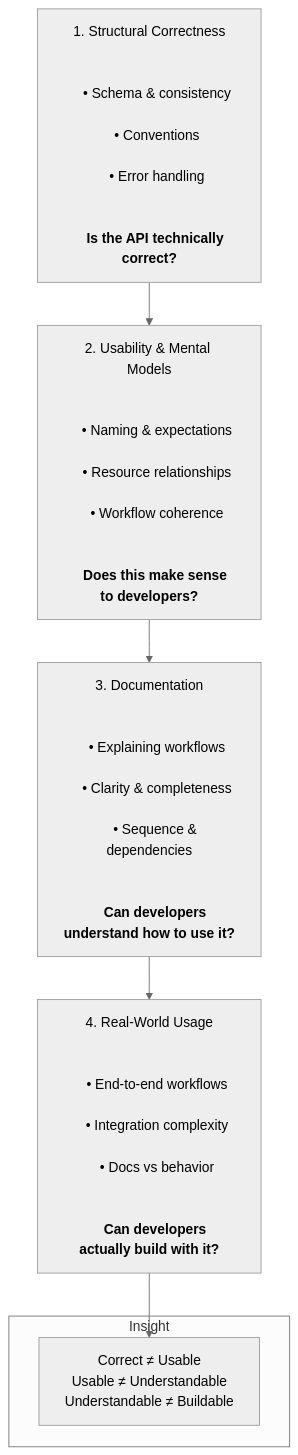
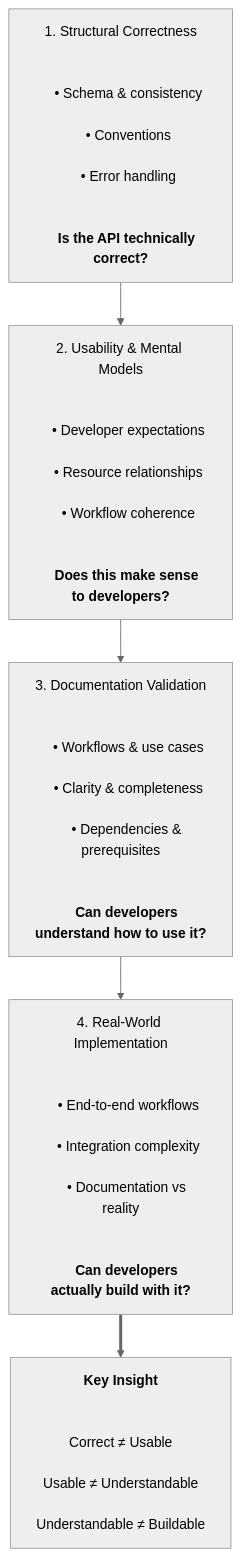
Before and after one commit to alizas1/dx-evaluation-framework: the diagram in README.md, drawn with Mermaid (neutral theme). The commit also changed other lines of this file, not shown here.

````diff
--- a/README.md
+++ b/README.md
@@ -39,34 +53,35 @@
 ```mermaid
 flowchart TB
     A["1. Structural Correctness<br/><br/>
     • Schema & consistency<br/>
     • Conventions<br/>
     • Error handling<br/><br/>
     <b>Is the API technically correct?</b>"]
 
     B["2. Usability & Mental Models<br/><br/>
-    • Naming & expectations<br/>
+    • Developer expectations<br/>
     • Resource relationships<br/>
     • Workflow coherence<br/><br/>
     <b>Does this make sense to developers?</b>"]
 
-    C["3. Documentation<br/><br/>
-    • Explaining workflows<br/>
+    C["3. Documentation Validation<br/><br/>
+    • Workflows & use cases<br/>
     • Clarity & completeness<br/>
-    • Sequence & dependencies<br/><br/>
+    • Dependencies & prerequisites<br/><br/>
     <b>Can developers understand how to use it?</b>"]
 
-    D["4. Real-World Usage<br/><br/>
+    D["4. Real-World Implementation<br/><br/>
     • End-to-end workflows<br/>
     • Integration complexity<br/>
-    • Docs vs behavior<br/><br/>
+    • Documentation vs reality<br/><br/>
     <b>Can developers actually build with it?</b>"]
 
     A --> B --> C --> D
 
-    subgraph Insight
-        E["Correct ≠ Usable<br/>Usable ≠ Understandable<br/>Understandable ≠ Buildable"]
-    end
+    E["<b>Key Insight</b><br/><br/>
+    Correct ≠ Usable<br/>
+    Usable ≠ Understandable<br/>
+    Understandable ≠ Buildable"]
 
-    D --> E
+    D ==> E
 ```
````
